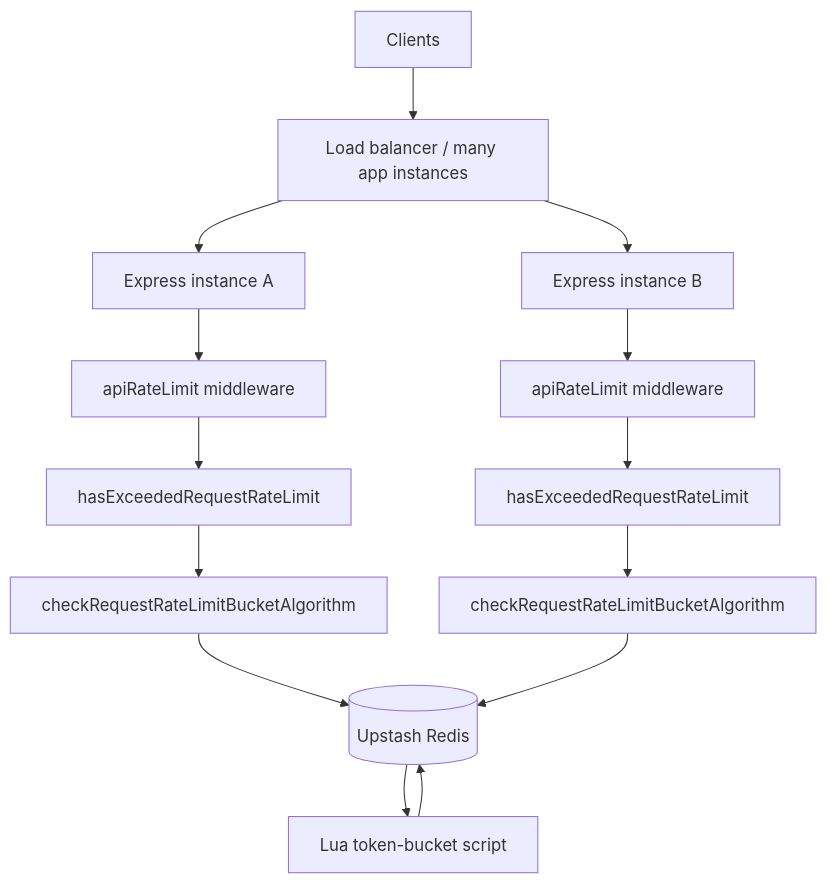
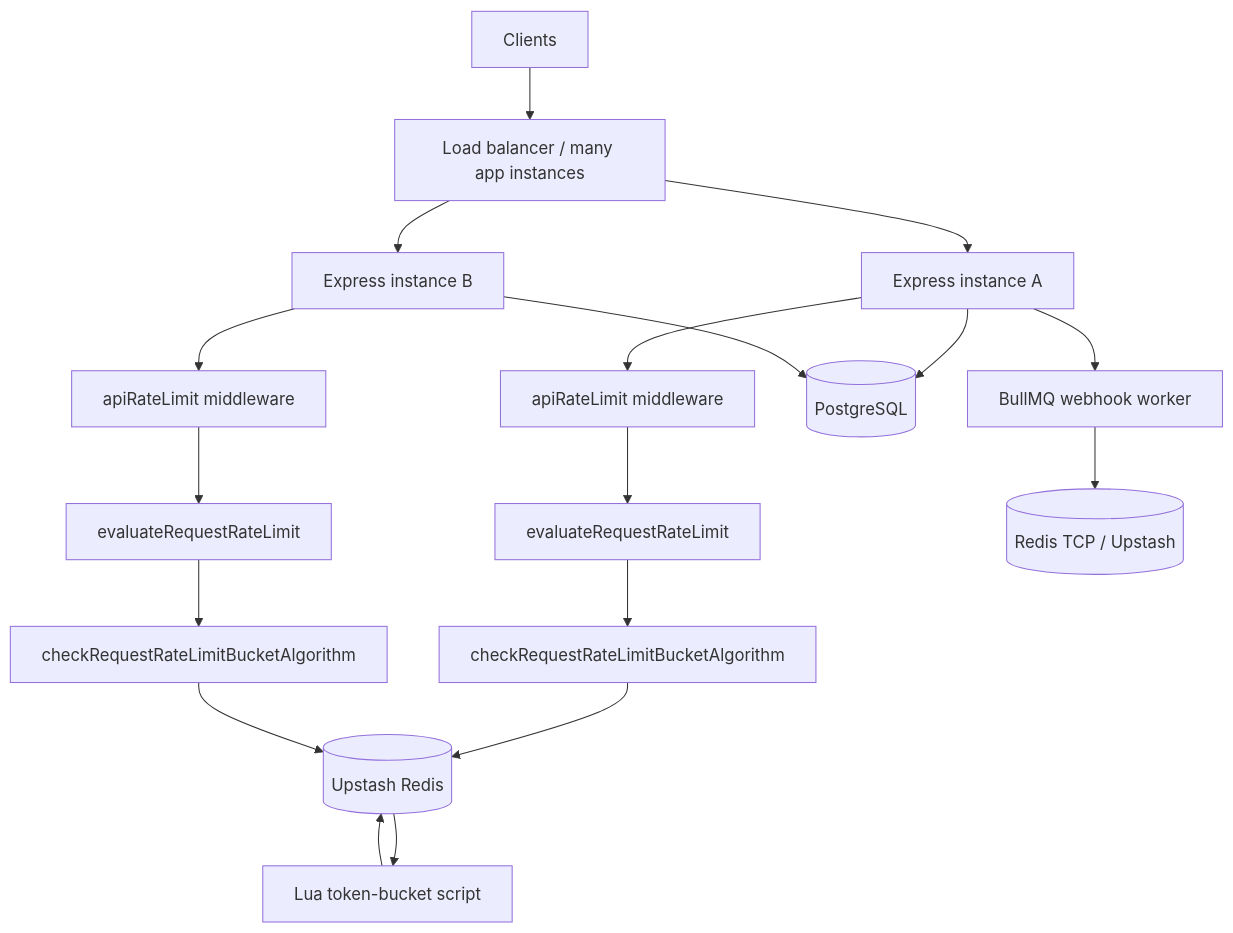
One commit to gerimujo496/rate-limiter changed the first of 2 diagrams in README.md. Above: the diagram before and after it, drawn with Mermaid. The commit also changed other lines of this file and 1 other file, not shown here.

````diff
--- a/README.md
+++ b/README.md
@@ -74,16 +25,27 @@
 ```mermaid
 flowchart TD
     C[Clients] --> LB[Load balancer / many app instances]
     LB --> A1[Express instance A]
     LB --> A2[Express instance B]
+
     A1 --> MW[apiRateLimit middleware]
     A2 --> MW2[apiRateLimit middleware]
-    MW --> H[hasExceededRequestRateLimit]
-    MW2 --> H2[hasExceededRequestRateLimit]
-    H --> B[checkRequestRateLimitBucketAlgorithm]
-    H2 --> B2[checkRequestRateLimitBucketAlgorithm]
+
+    MW --> EV[evaluateRequestRateLimit]
+    MW2 --> EV2[evaluateRequestRateLimit]
+
+    EV --> B[checkRequestRateLimitBucketAlgorithm]
+    EV2 --> B2[checkRequestRateLimitBucketAlgorithm]
+
     B --> R[(Upstash Redis)]
     B2 --> R
+
     R --> L[Lua token-bucket script]
     L --> R
+
+    A1 --> PG[(PostgreSQL)]
+    A2 --> PG
+
+    A1 --> Q[BullMQ webhook worker]
+    Q --> R2[(Redis TCP / Upstash)]
 ```
````
